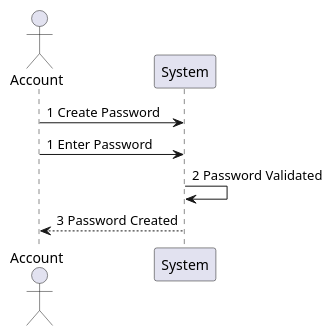
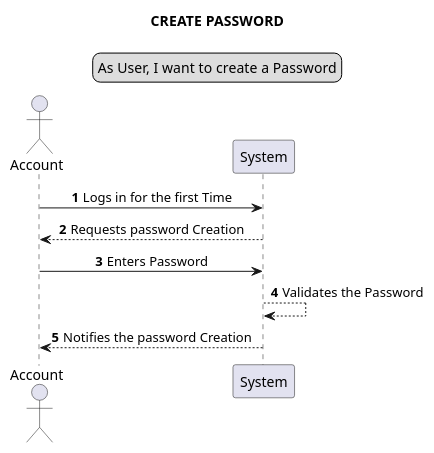
One commit to Loracline/project_switch_22-23 changed the sixth of 25 diagrams in docs/data_model/System Sequence Diagram.puml. Above: the diagram before and after it, drawn with PlantUML. The commit also changed other lines of this file, not shown here.

First line of the commit message:
[None US number]: [Project]: [System Sequence Diagram]

```diff
--- a/docs/data_model/System Sequence Diagram.puml
+++ b/docs/data_model/System Sequence Diagram.puml
@@ -61,7 +79,14 @@
 @startuml
+skinparam sequenceMessageAlign center
+autonumber
+title CREATE PASSWORD
+legend top
+As User, I want to create a Password
+end legend
 actor Account
-Account -> System:1 Create Password
-Account -> System:1 Enter Password
-System -> System:2 Password Validated
-Account <-- System:3 Password Created
+Account -> System: Logs in for the first Time
+Account <-- System: Requests password Creation
+Account -> System: Enters Password
+System --> System: Validates the Password
+Account <-- System: Notifies the password Creation
 @enduml
```
